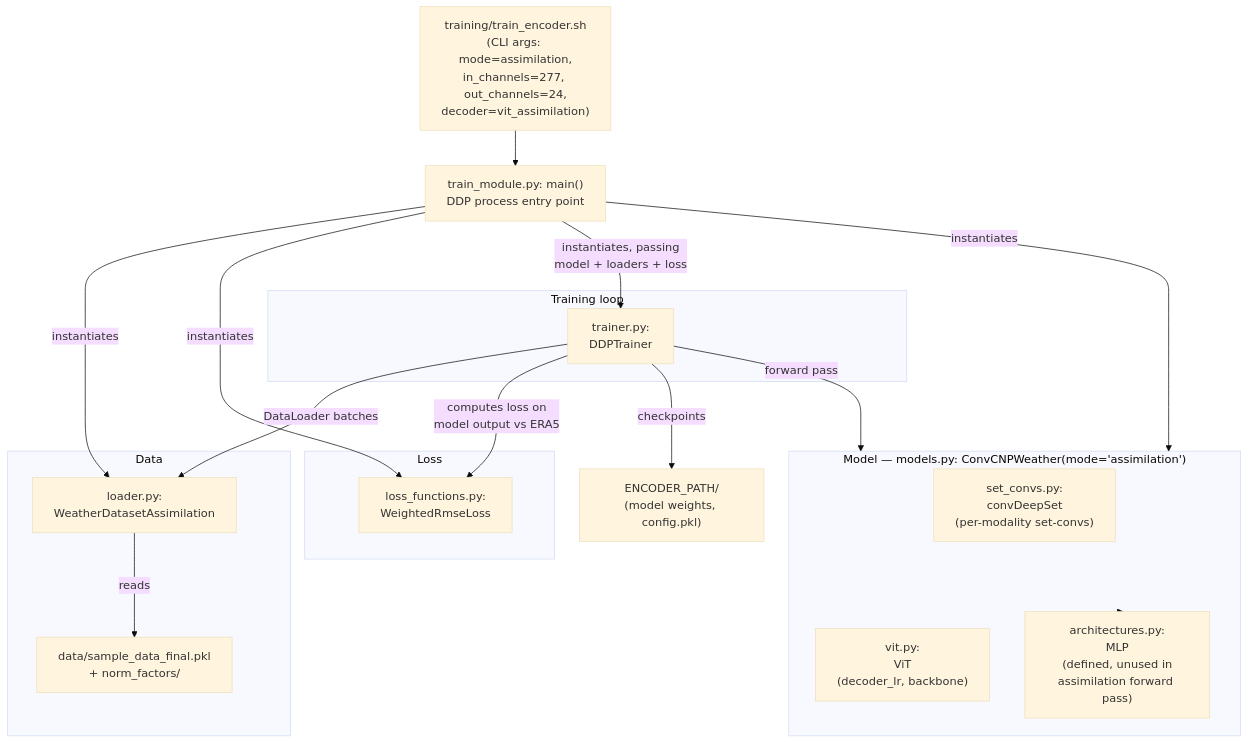
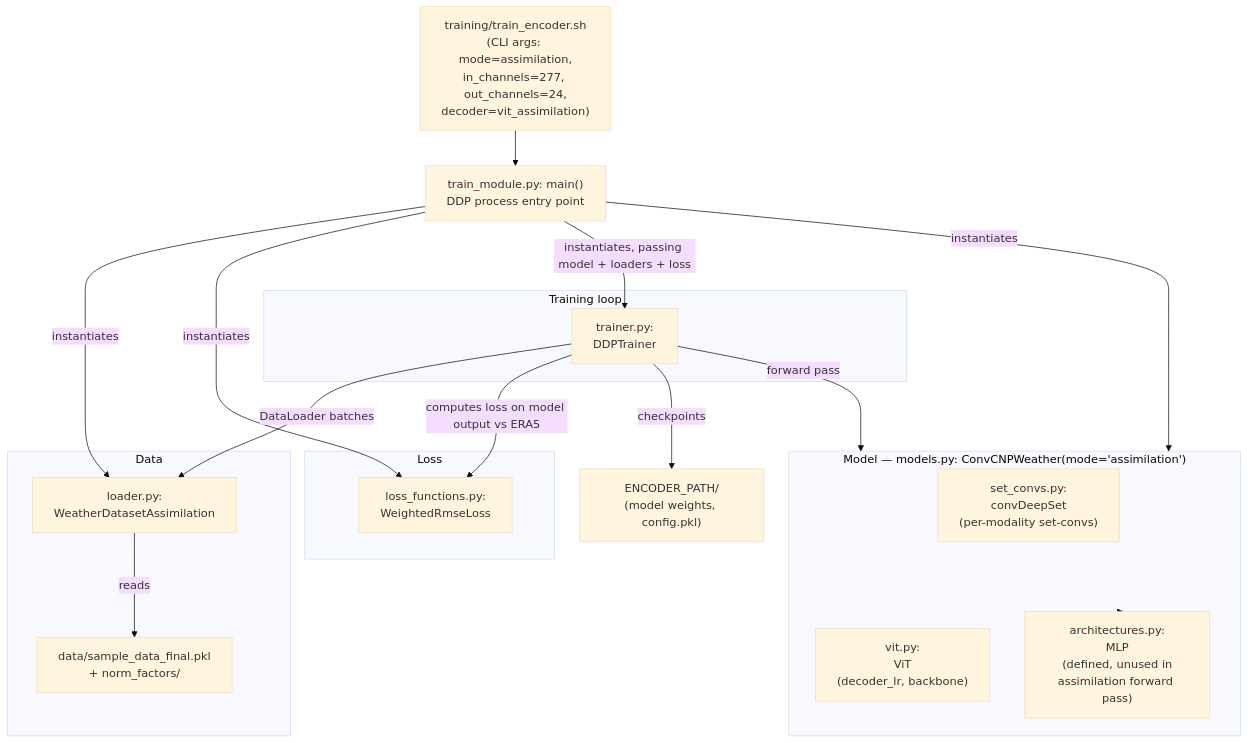
The second of 5 diagrams in docs/assimilation_architecture.md (xincjin-NOAA/aardvark), drawn with Mermaid (base theme) before and after one commit. The commit also changed other lines of this file, not shown here.

````diff
--- a/docs/assimilation_architecture.md
+++ b/docs/assimilation_architecture.md
@@ -97,40 +97,40 @@
 ```mermaid
 flowchart TB
     SH["training/train_encoder.sh\n(CLI args: mode=assimilation,\nin_channels=277, out_channels=24,\ndecoder=vit_assimilation)"]
 
     SH --> TM["train_module.py: main()\nDDP process entry point"]
 
     subgraph DATA["Data"]
         LOADER["loader.py:\nWeatherDatasetAssimilation"]
         SAMPLE["data/sample_data_final.pkl\n+ norm_factors/"]
     end
 
     subgraph LOSS["Loss"]
         LF["loss_functions.py:\nWeightedRmseLoss"]
     end
 
     subgraph MODEL["Model — models.py: ConvCNPWeather(mode='assimilation')"]
         SC["set_convs.py:\nconvDeepSet\n(per-modality set-convs)"]
         VIT["vit.py:\nViT\n(decoder_lr, backbone)"]
         MLP["architectures.py:\nMLP\n(defined, unused in\nassimilation forward pass)"]
     end
 
     subgraph TRAIN["Training loop"]
         DDP["trainer.py:\nDDPTrainer"]
     end
 
     TM -->|instantiates| LOADER
     LOADER -->|reads| SAMPLE
     TM -->|instantiates| LF
     TM -->|instantiates| MODEL
-    TM -->|instantiates, passing\nmodel + loaders + loss| DDP
+    TM -->|instantiates, passing model + loaders + loss| DDP
 
     MODEL --- SC
     MODEL --- VIT
     MODEL -.-> MLP
 
     DDP -->|DataLoader batches| LOADER
     DDP -->|forward pass| MODEL
-    DDP -->|computes loss on\nmodel output vs ERA5| LF
+    DDP -->|computes loss on model output vs ERA5| LF
     DDP -->|checkpoints| OUT["ENCODER_PATH/\n(model weights, config.pkl)"]
 ```
````
